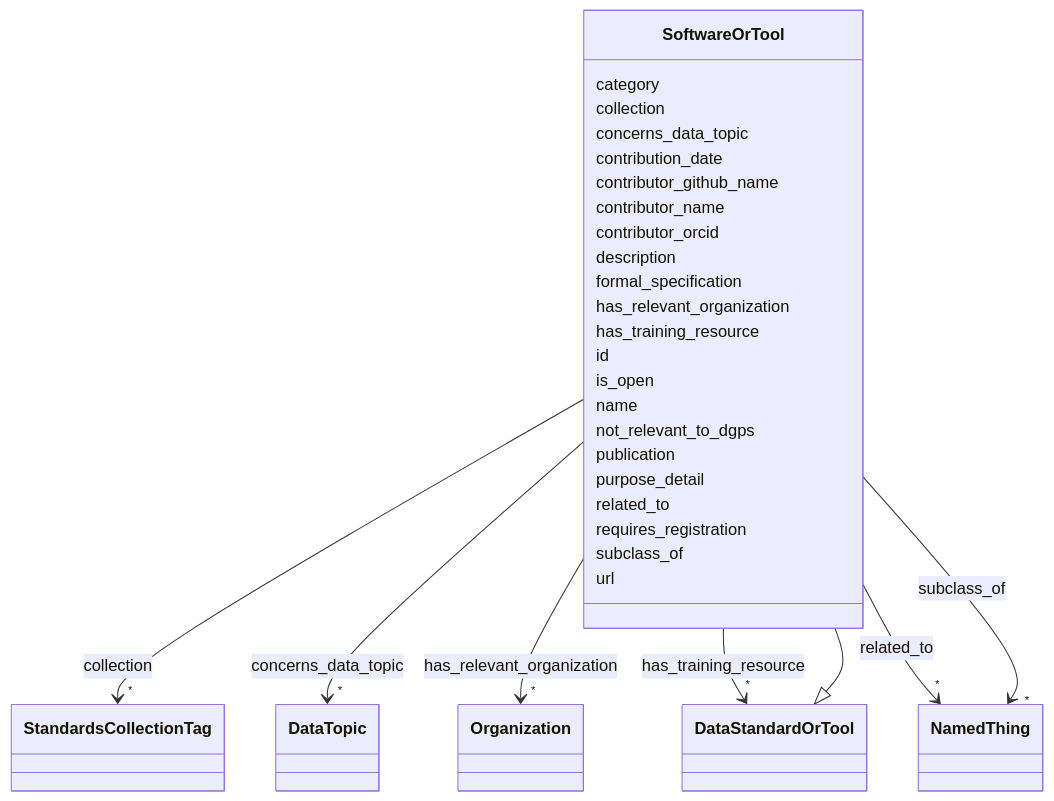
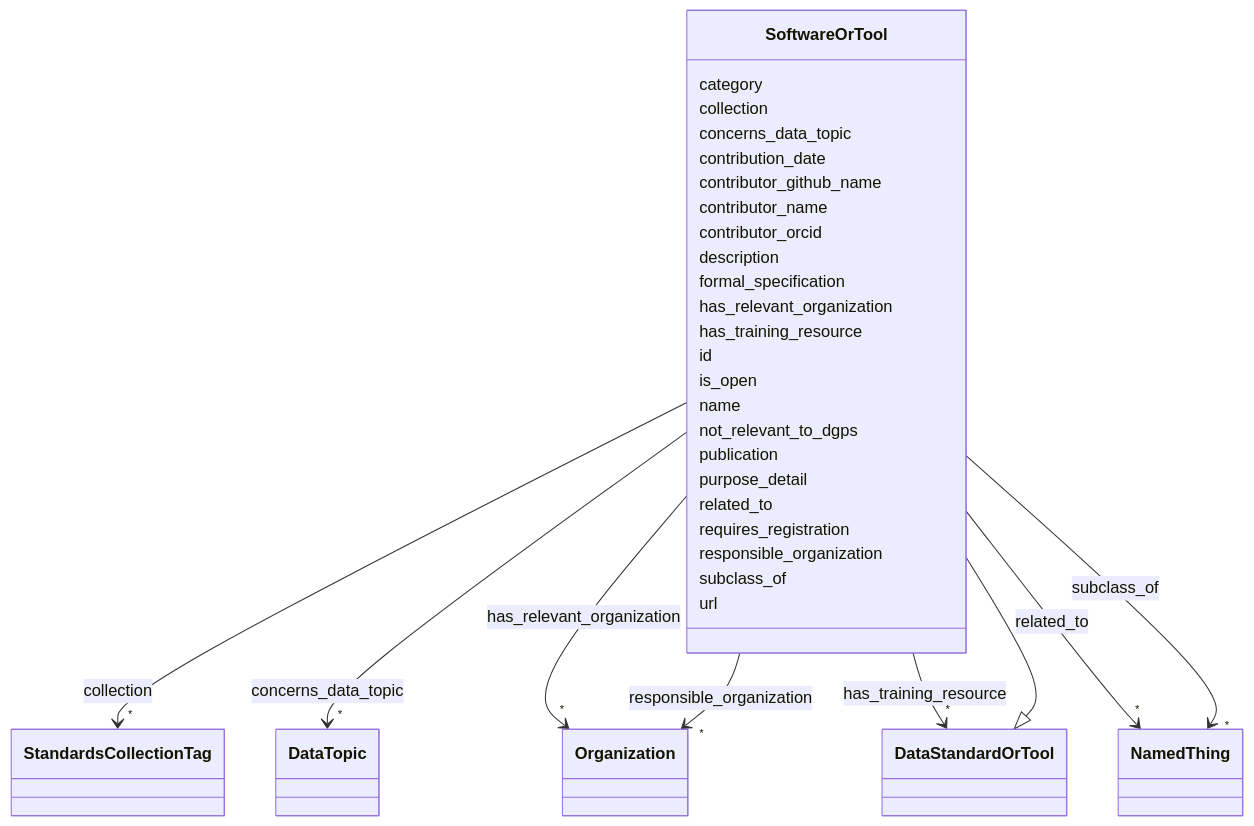
One commit to bridge2ai/standards-schemas changed the diagram in docs/SoftwareOrTool.md. Above: the diagram before and after it, drawn with Mermaid. The commit also changed other lines of this file and 37 other files, not shown here.

```diff
--- a/docs/SoftwareOrTool.md
+++ b/docs/SoftwareOrTool.md
@@ -96,6 +96,15 @@
         
       SoftwareOrTool : requires_registration
         
+      SoftwareOrTool : responsible_organization
+        
+          
+    
+    
+    SoftwareOrTool --> "*" Organization : responsible_organization
+    click Organization href "../Organization"
+
+        
       SoftwareOrTool : subclass_of
         
           
```
